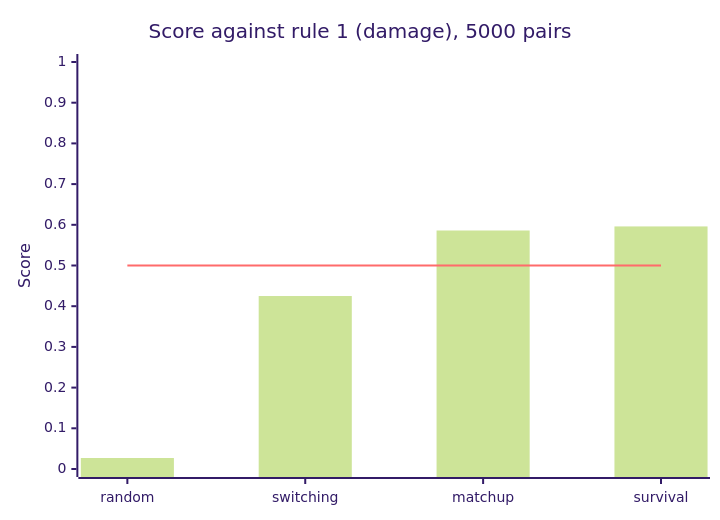
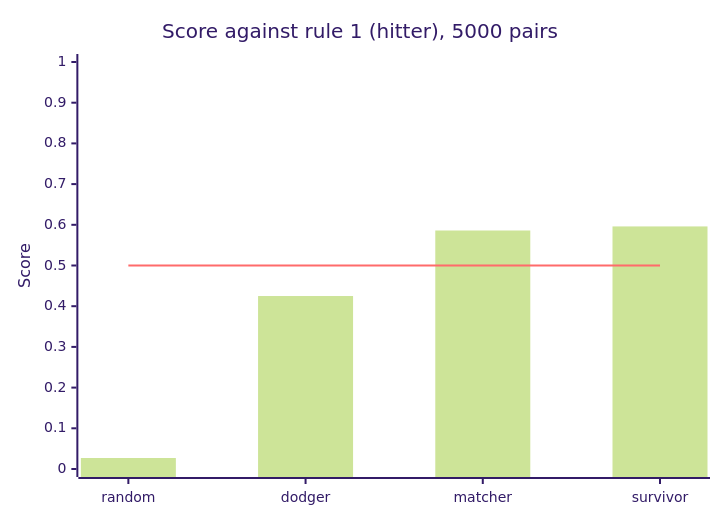
Before and after one commit to amacaull/TrainerLab: the first of 2 diagrams in ai/README.md, drawn with Mermaid (forest theme). The commit also changed other lines of this file and 1 other file, not shown here.

````diff
--- a/ai/README.md
+++ b/ai/README.md
@@ -205,8 +231,8 @@
 ```mermaid
 xychart-beta
-    title "Score against rule 1 (damage), 5000 pairs"
-    x-axis ["random", "switching", "matchup", "survival"]
+    title "Score against rule 1 (hitter), 5000 pairs"
+    x-axis ["random", "dodger", "matcher", "survivor"]
     y-axis "Score" 0 --> 1
     bar [0.027, 0.425, 0.586, 0.596]
     line [0.5, 0.5, 0.5, 0.5]
 ```
````
